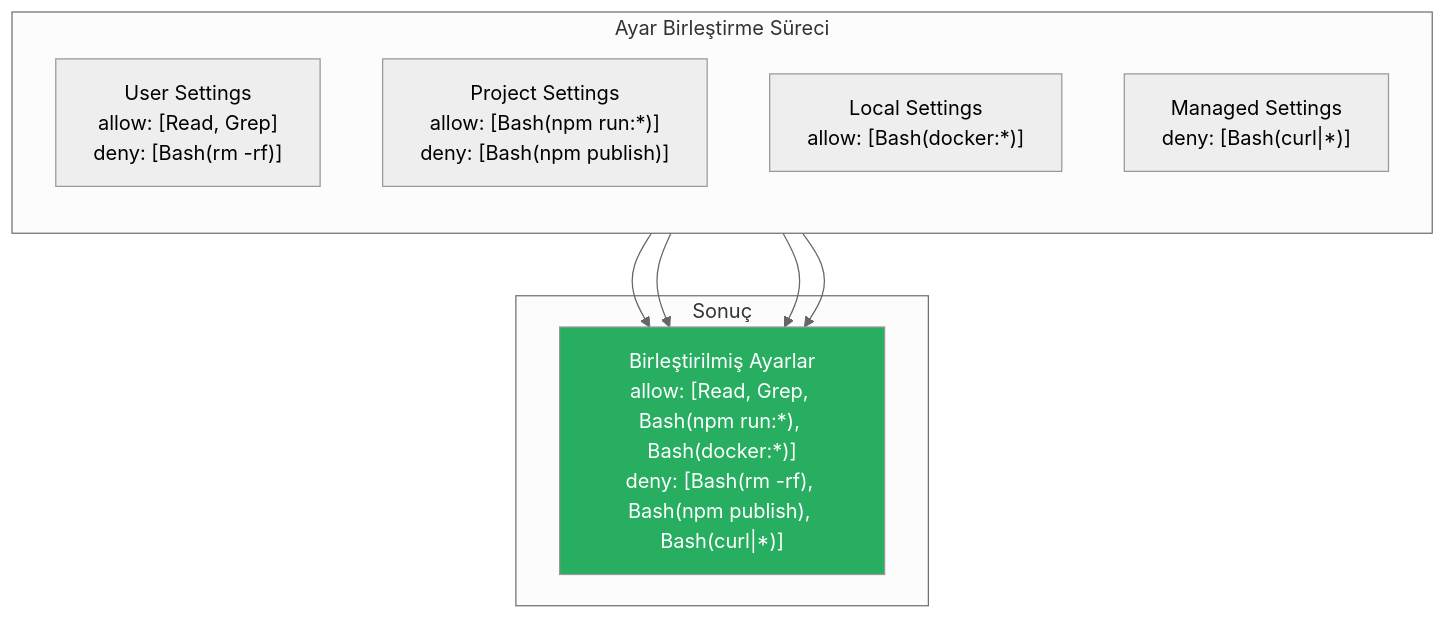
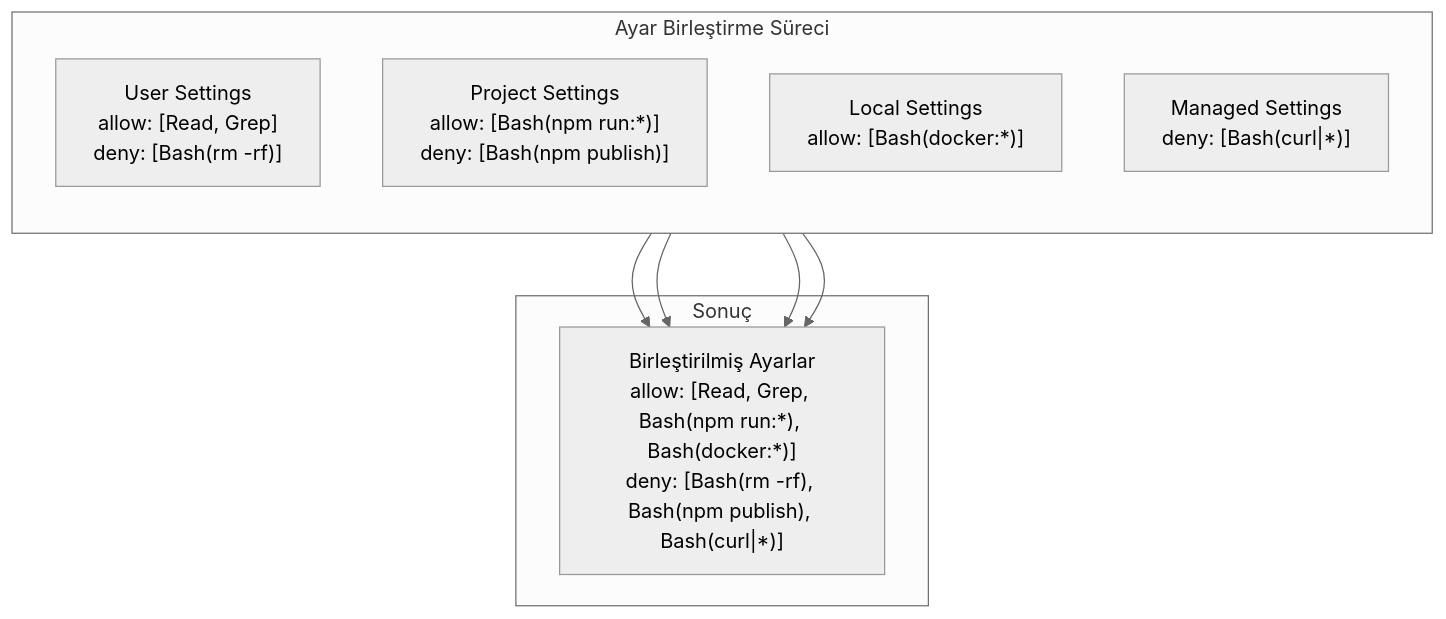
Before and after one commit to IzzetYasinAtes/ClaudeCodeHandbook: the third of 3 diagrams in 17-konfigurasyon/01-ayar-dosyalari-hiyerarsisi.md, drawn with Mermaid (neutral theme). The commit also changed other lines of this file and 97 other files, not shown here.

Commit message:
Remove all custom Mermaid style/fill colors from 98 markdown files for consistent dark theme rendering

````diff
--- a/17-konfigurasyon/01-ayar-dosyalari-hiyerarsisi.md
+++ b/17-konfigurasyon/01-ayar-dosyalari-hiyerarsisi.md
@@ -194,21 +186,20 @@
 ```mermaid
 flowchart TD
     subgraph merge ["Ayar Birleştirme Süreci"]
         direction TB
         U["User Settings<br/>allow: [Read, Grep]<br/>deny: [Bash(rm -rf)]"]
         P["Project Settings<br/>allow: [Bash(npm run:*)]<br/>deny: [Bash(npm publish)]"]
         L["Local Settings<br/>allow: [Bash(docker:*)]"]
         M["Managed Settings<br/>deny: [Bash(curl|*)]"]
     end
 
     subgraph result ["Sonuç"]
         R["Birleştirilmiş Ayarlar<br/>allow: [Read, Grep, Bash(npm run:*), Bash(docker:*)]<br/>deny: [Bash(rm -rf), Bash(npm publish), Bash(curl|*)]"]
     end
 
     U --> R
     P --> R
     L --> R
     M --> R
 
-    style R fill:#27AE60,color:#fff
 ```
````
